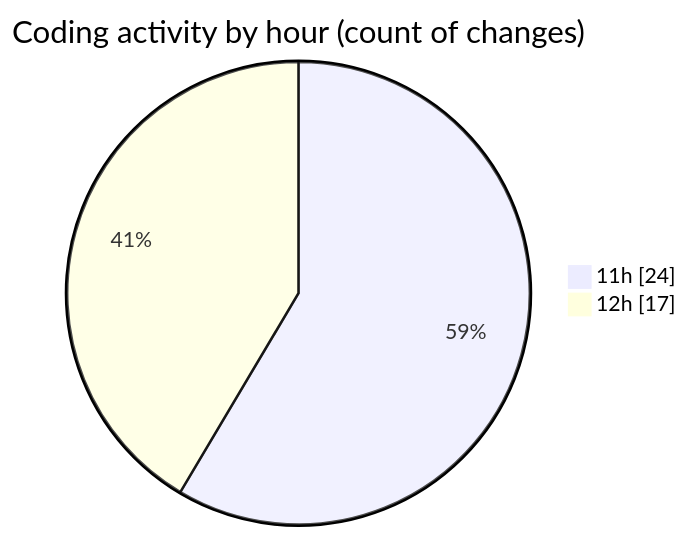
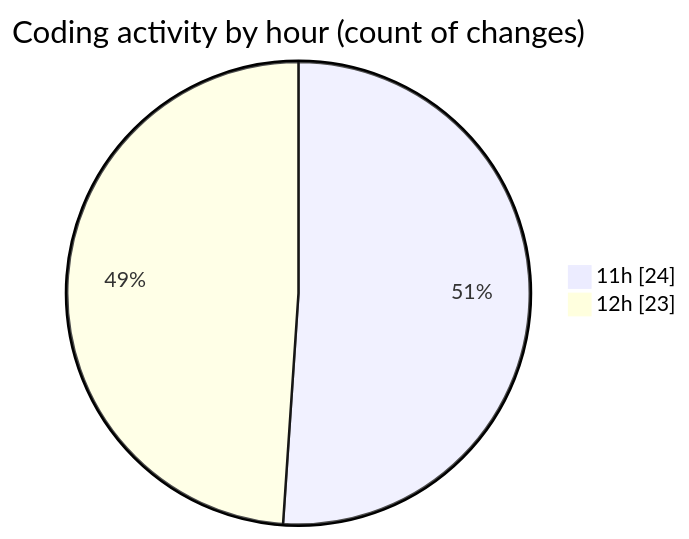
The second of 2 diagrams in 2025-09-18/nxtqube_webapp/README.md (nxtqubesakshisongat/code-tracking), drawn with Mermaid before and after one commit. The commit also changed other lines of this file and 1 other file, not shown here.

````diff
--- a/2025-09-18/nxtqube_webapp/README.md
+++ b/2025-09-18/nxtqube_webapp/README.md
@@ -35,6 +35,6 @@
 ```mermaid
 pie showData
 title Coding activity by hour (count of changes)
 "11h" : 24
-"12h" : 17
+"12h" : 23
 ```
````
